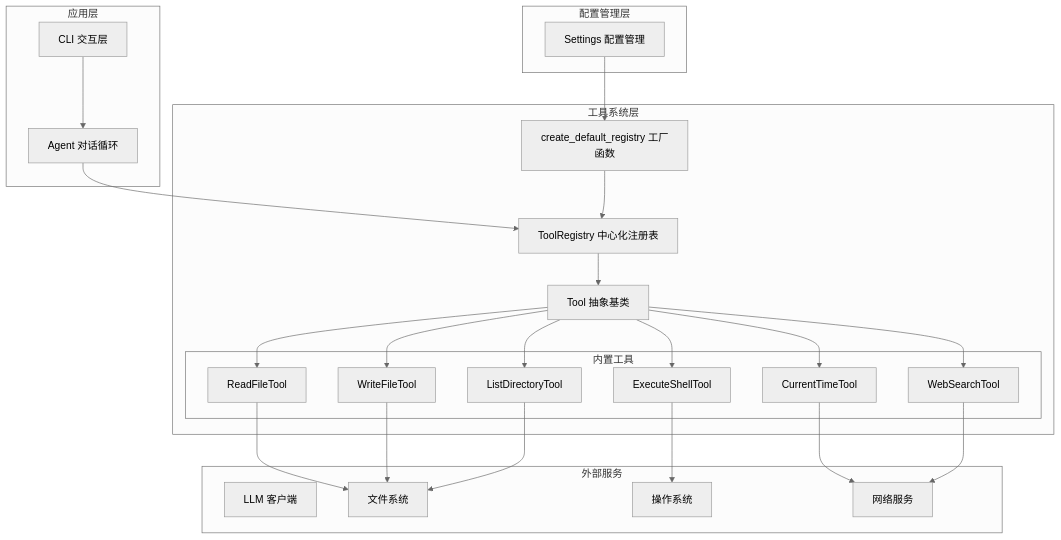
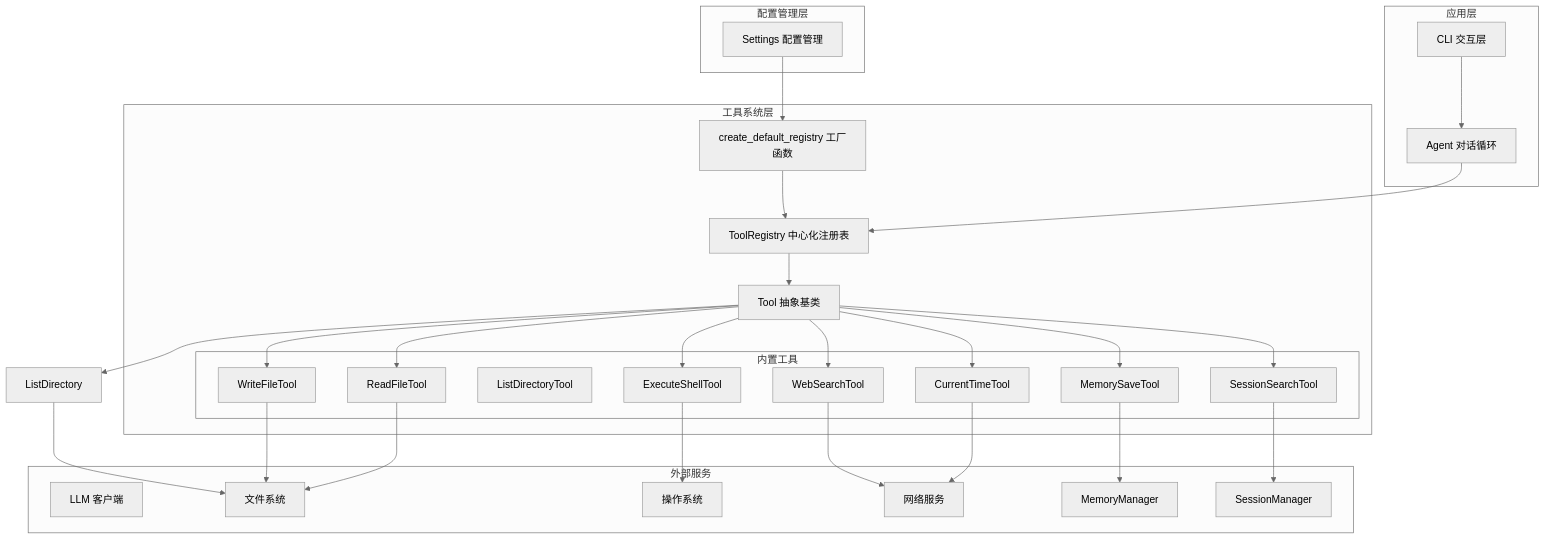
One commit to 250shiwo/MySmallAgent changed the second of 11 diagrams in .qoder/repowiki/zh/content/核心模块详解/工具系统架构.md. Above: the diagram before and after it, drawn with Mermaid (neutral theme). The commit also changed other lines of this file and 41 other files, not shown here.

````diff
--- a/.qoder/repowiki/zh/content/核心模块详解/工具系统架构.md
+++ b/.qoder/repowiki/zh/content/核心模块详解/工具系统架构.md
@@ -144,46 +177,54 @@
 ```mermaid
 graph TB
 subgraph "应用层"
 Agent[Agent 对话循环]
 CLI[CLI 交互层]
 end
 subgraph "配置管理层"
 Settings[Settings 配置管理]
 end
 subgraph "工具系统层"
 Tool[Tool 抽象基类]
 Registry[ToolRegistry 中心化注册表]
 Factory[create_default_registry 工厂函数]
 subgraph "内置工具"
 ReadFile[ReadFileTool]
 WriteFile[WriteFileTool]
-ListDir[ListDirectoryTool]
+ListDirectoryTool[ListDirectoryTool]
 ShellExec[ExecuteShellTool]
 CurrentTime[CurrentTimeTool]
 WebSearch[WebSearchTool]
+MemorySave[MemorySaveTool]
+SessionSearch[SessionSearchTool]
 end
 end
 subgraph "外部服务"
 LLM[LLM 客户端]
 FS[文件系统]
 OS[操作系统]
 Internet[网络服务]
+Memory[MemoryManager]
+Sessions[SessionManager]
 end
 Agent --> Registry
 CLI --> Agent
 Settings --> Factory
 Factory --> Registry
 Registry --> Tool
 Tool --> ReadFile
 Tool --> WriteFile
-Tool --> ListDir
+Tool --> ListDirectory
 Tool --> ShellExec
 Tool --> CurrentTime
 Tool --> WebSearch
+Tool --> MemorySave
+Tool --> SessionSearch
 ReadFile --> FS
 WriteFile --> FS
-ListDir --> FS
+ListDirectory --> FS
 ShellExec --> OS
 CurrentTime --> Internet
 WebSearch --> Internet
+MemorySave --> Memory
+SessionSearch --> Sessions
 ```
````
